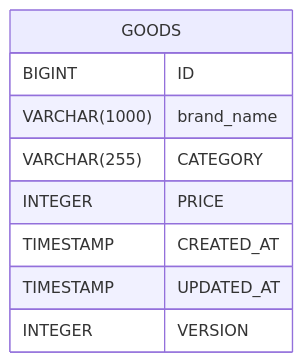
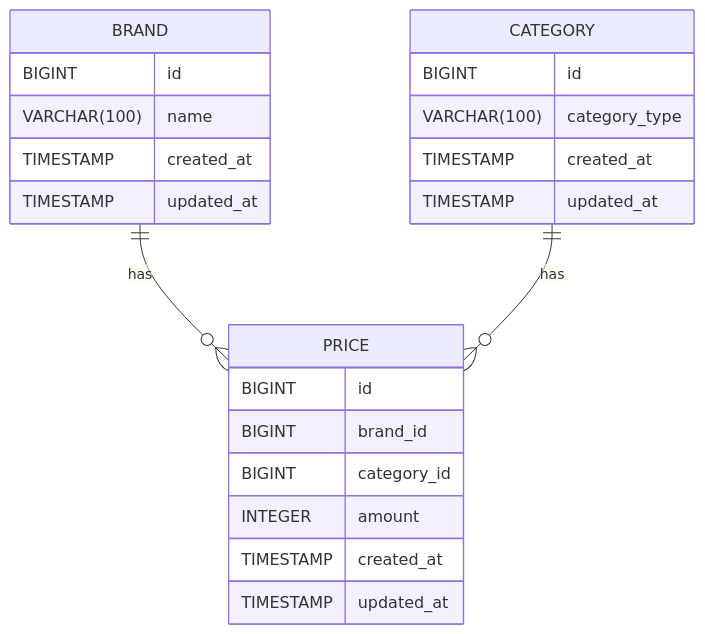
The diagram in README.md (kimho314/cloth_coordination), drawn with Mermaid before and after one commit.

Commit message:
chore : modify erd

````diff
--- a/README.md
+++ b/README.md
@@ -122,12 +122,25 @@
 ```mermaid
 erDiagram
-    GOODS {
-        BIGINT ID
-        VARCHAR(1000) brand_name
-        VARCHAR(255) CATEGORY
-        INTEGER PRICE
-        TIMESTAMP CREATED_AT
-        TIMESTAMP UPDATED_AT
-        INTEGER VERSION
+    BRAND ||--o{ PRICE : has
+    CATEGORY ||--o{ PRICE : has
+    BRAND {
+        BIGINT id
+        VARCHAR(100) name
+        TIMESTAMP created_at
+        TIMESTAMP updated_at
+    }
+    PRICE{
+        BIGINT id
+        BIGINT brand_id
+        BIGINT category_id
+        INTEGER amount
+        TIMESTAMP created_at
+        TIMESTAMP updated_at
+    }
+    CATEGORY{
+        BIGINT id
+        VARCHAR(100) category_type
+        TIMESTAMP created_at
+        TIMESTAMP updated_at
     }
 ```
````
